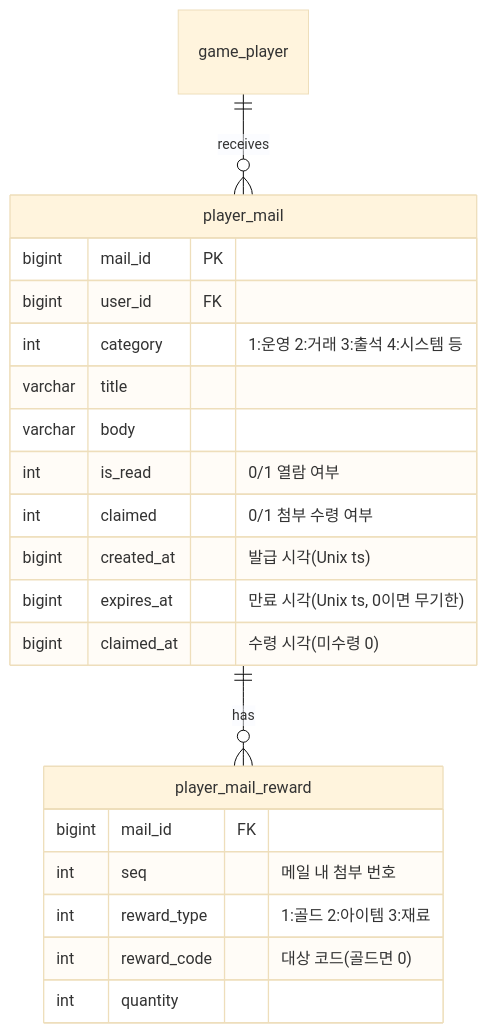
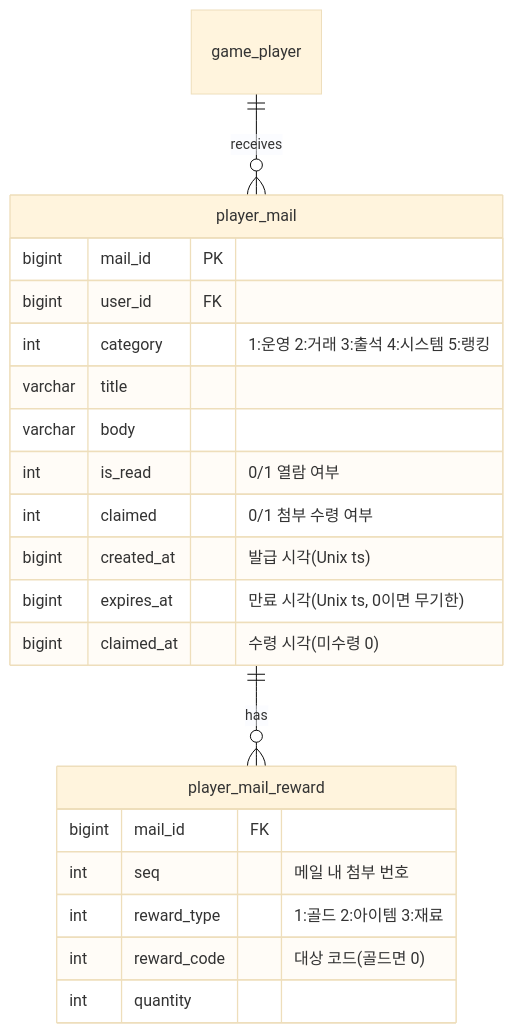
The diagram in docs/세부/mail-기획서.md (ks-wook/com2us-taskbar-hero), drawn with Mermaid (base theme) before and after one commit. The commit also changed other lines of this file and 7 other files, not shown here.

````diff
--- a/docs/세부/mail-기획서.md
+++ b/docs/세부/mail-기획서.md
@@ -59,26 +59,26 @@
 ```mermaid
 erDiagram
     game_player ||--o{ player_mail        : receives
     player_mail ||--o{ player_mail_reward : has
 
     player_mail {
         bigint  mail_id PK
         bigint  user_id FK
-        int     category "1:운영 2:거래 3:출석 4:시스템 등"
+        int     category "1:운영 2:거래 3:출석 4:시스템 5:랭킹"
         varchar title
         varchar body
         int     is_read "0/1 열람 여부"
         int     claimed "0/1 첨부 수령 여부"
         bigint  created_at "발급 시각(Unix ts)"
         bigint  expires_at "만료 시각(Unix ts, 0이면 무기한)"
         bigint  claimed_at "수령 시각(미수령 0)"
     }
 
     player_mail_reward {
         bigint  mail_id FK
         int     seq "메일 내 첨부 번호"
         int     reward_type "1:골드 2:아이템 3:재료"
         int     reward_code "대상 코드(골드면 0)"
         int     quantity
     }
 ```
````
